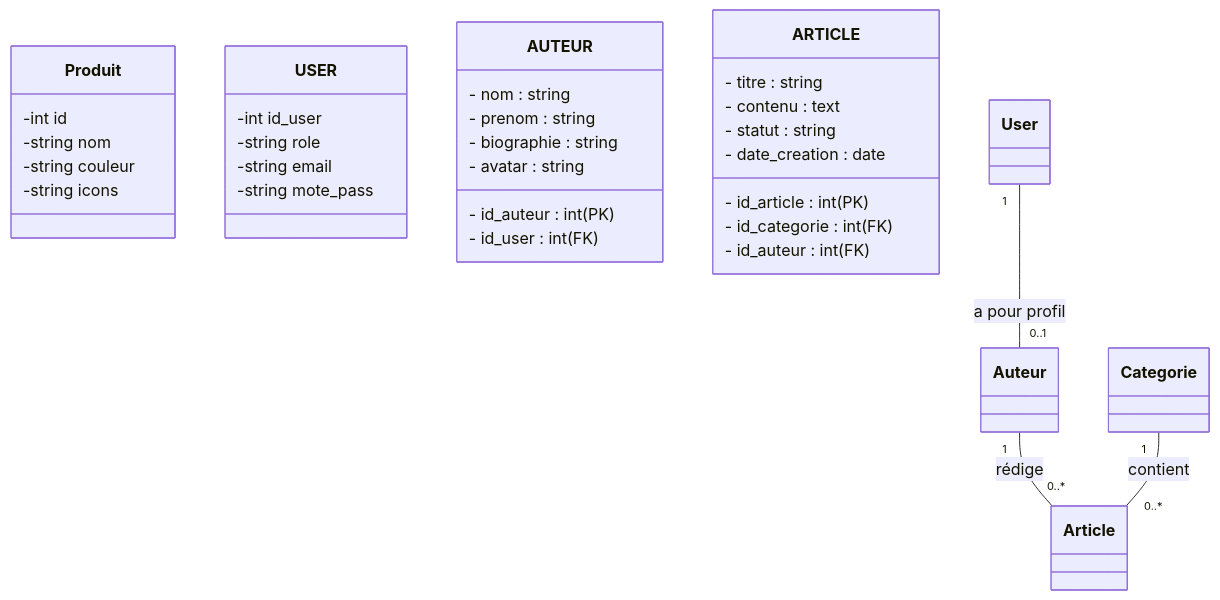
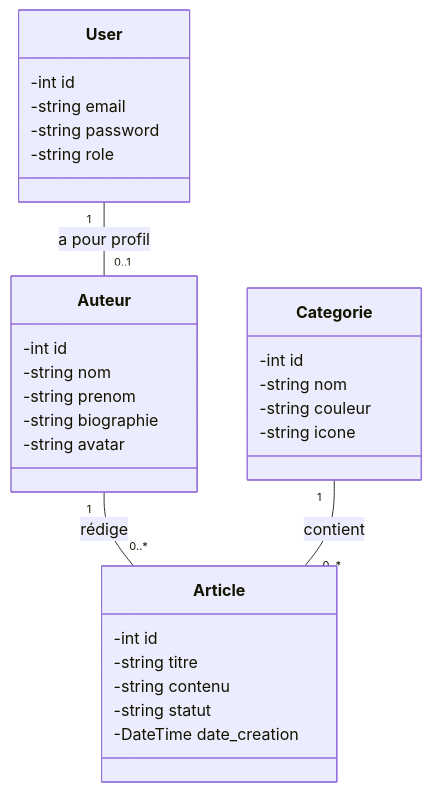
One commit to mesbahimohammedyassirsolicode-star/mobile-tutos changed the diagram in Modéliser les objets de la fonctionnalité/conception/classes.mmd. Above: the diagram before and after it, drawn with Mermaid.

Commit message:
update correction real syntx

```diff
--- a/Modéliser les objets de la fonctionnalité/conception/classes.mmd
+++ b/Modéliser les objets de la fonctionnalité/conception/classes.mmd
@@ -1,33 +1,31 @@
 classDiagram
-    class Produit{
+    class Categorie {
         -int id
         -string nom
-        -string  couleur
-        -string icons
+        -string couleur
+        -string icone
     }
-     class USER{
-        -int id_user
+    class User {
+        -int id
+        -string email
+        -string password
         -string role
-        -string  email
-        -string mote_pass
     }
-     class AUTEUR{
-        - id_auteur : int (PK)
-        - id_user : int (FK)
-        - nom : string
-        - prenom : string
-        - biographie : string
-        - avatar : string
+    class Auteur {
+        -int id
+        -string nom
+        -string prenom
+        -string biographie
+        -string avatar
     }
-     class ARTICLE{
-        - id_article : int (PK)
-        - id_categorie : int (FK)
-        - id_auteur : int (FK)
-        - titre : string
-        - contenu : text
-        - statut : string
-        - date_creation : date
-}
- User "1" -- "0..1" Auteur : a pour profil
+    class Article {
+        -int id
+        -string titre
+        -string contenu
+        -string statut
+        -DateTime date_creation
+    }
+
+    User "1" -- "0..1" Auteur : a pour profil
     Auteur "1" -- "0..*" Article : rédige
     Categorie "1" -- "0..*" Article : contient
```
